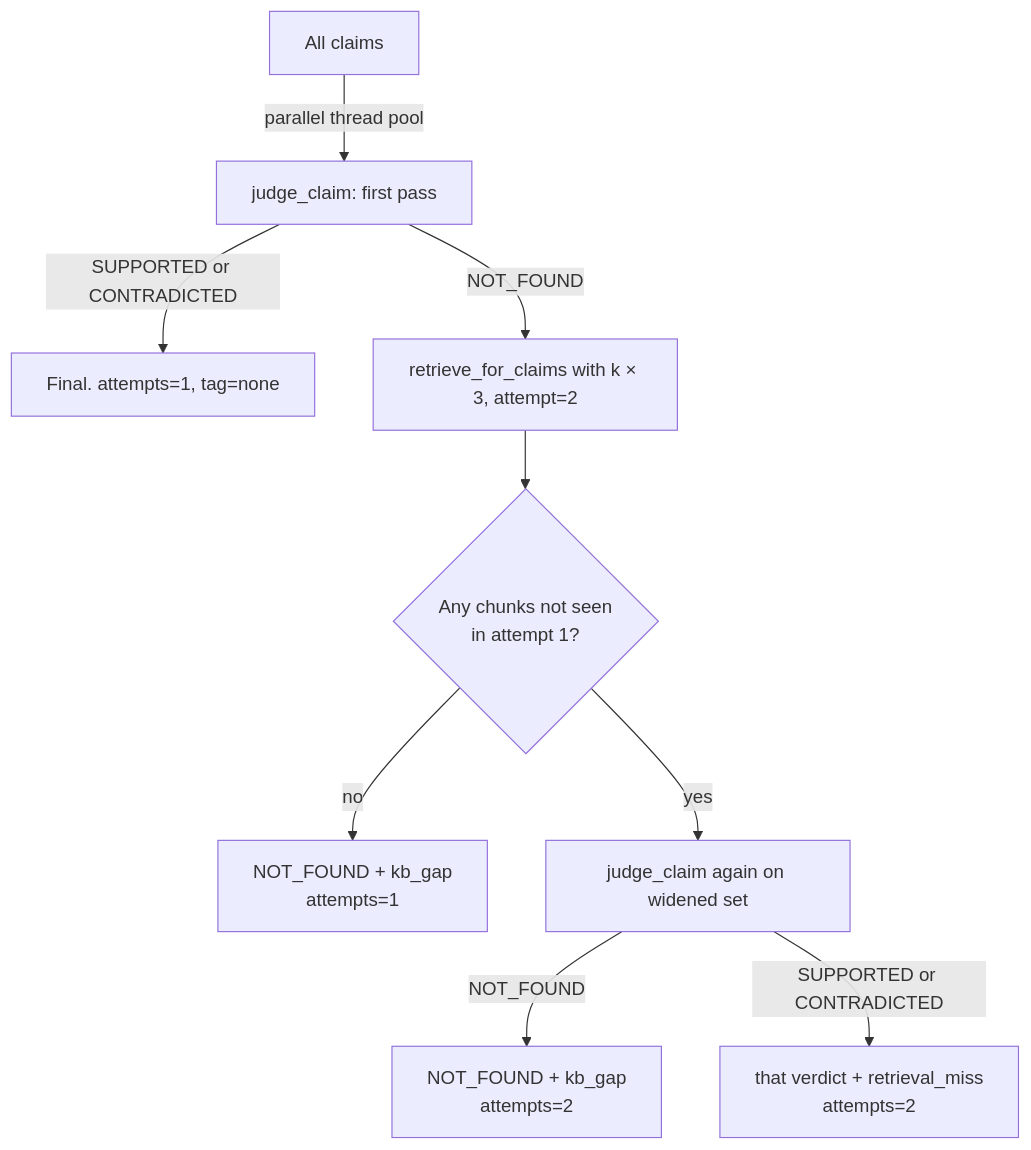
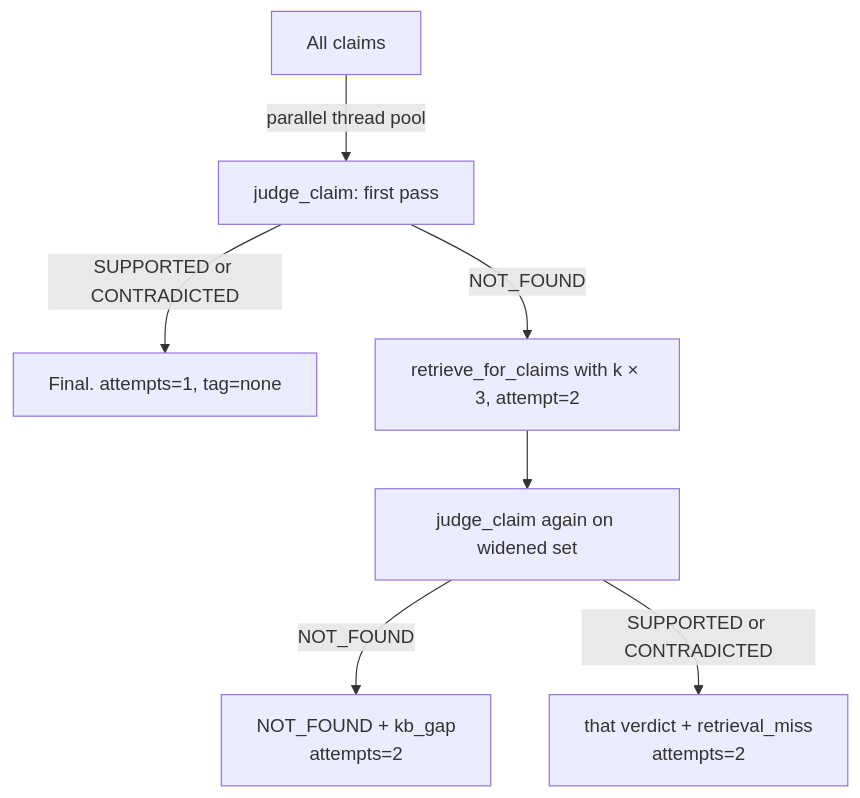
The diagram in docs/steps/s6-judge.md (peroute/ava-evaluator), drawn with Mermaid before and after one commit. The commit also changed other lines of this file and 6 other files, not shown here.

````diff
--- a/docs/steps/s6-judge.md
+++ b/docs/steps/s6-judge.md
@@ -34,11 +34,9 @@
 ```mermaid
 flowchart TD
     A[All claims] -->|parallel thread pool| B[judge_claim: first pass]
     B -->|SUPPORTED or CONTRADICTED| F[Final. attempts=1, tag=none]
     B -->|NOT_FOUND| R[retrieve_for_claims with k × 3, attempt=2]
-    R --> N{Any chunks not seen<br/>in attempt 1?}
-    N -->|no| G1[NOT_FOUND + kb_gap<br/>attempts=1]
-    N -->|yes| J[judge_claim again on widened set]
+    R --> J[judge_claim again on widened set]
     J -->|NOT_FOUND| G2[NOT_FOUND + kb_gap<br/>attempts=2]
     J -->|SUPPORTED or CONTRADICTED| M[that verdict + retrieval_miss<br/>attempts=2]
 ```
````
